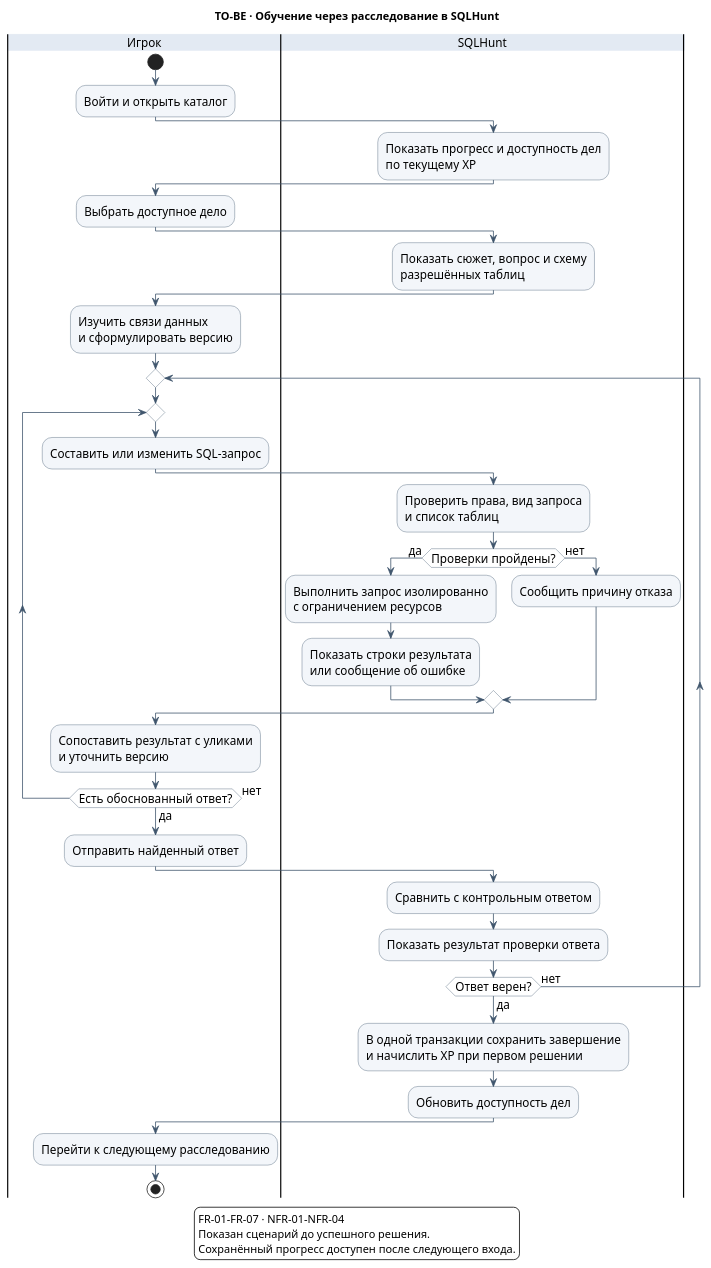
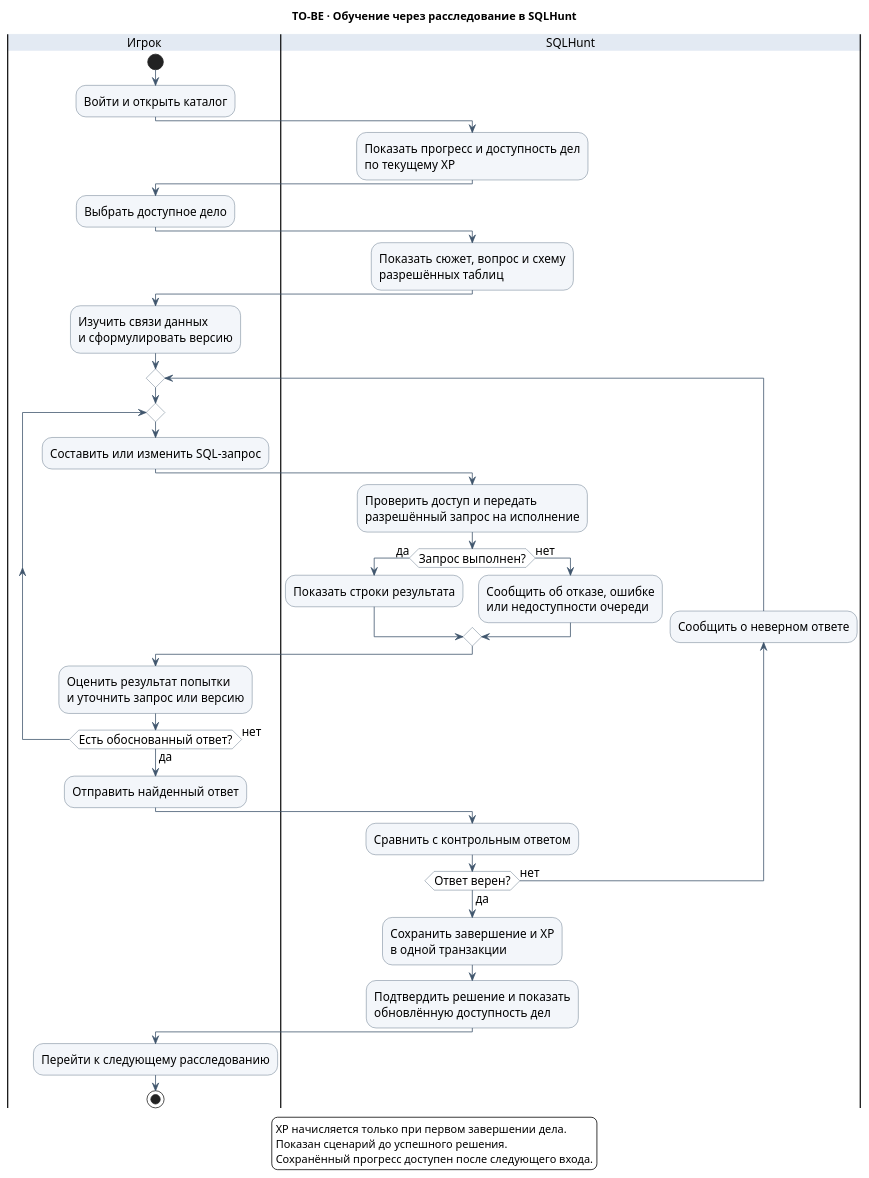
The diagram in assets/learning-to-be.puml (cicada-pops/vkr), drawn with PlantUML before and after one commit. The commit also changed 16 other files, not shown here.

```diff
--- a/assets/learning-to-be.puml
+++ b/assets/learning-to-be.puml
@@ -1,54 +1,53 @@
 @startuml
 skinparam defaultFontName Arial
 skinparam defaultFontSize 15
 skinparam backgroundColor white
 skinparam shadowing false
 skinparam ArrowColor #40566D
 skinparam activityBackgroundColor #F3F6FA
 skinparam activityBorderColor #40566D
 skinparam activityDiamondBackgroundColor white
 skinparam activityDiamondBorderColor #40566D
 skinparam swimlaneTitleBackgroundColor #E3EAF3
 title TO-BE · Обучение через расследование в SQLHunt
 |Игрок|
 start
 :Войти и открыть каталог;
 |SQLHunt|
 :Показать прогресс и доступность дел\nпо текущему XP;
 |Игрок|
 :Выбрать доступное дело;
 |SQLHunt|
 :Показать сюжет, вопрос и схему\nразрешённых таблиц;
 |Игрок|
 :Изучить связи данных\nи сформулировать версию;
 repeat
   repeat
     :Составить или изменить SQL-запрос;
     |SQLHunt|
-    :Проверить права, вид запроса\nи список таблиц;
-    if (Проверки пройдены?) then (да)
-      :Выполнить запрос изолированно\nс ограничением ресурсов;
-      :Показать строки результата\nили сообщение об ошибке;
+    :Проверить доступ и передать\nразрешённый запрос на исполнение;
+    if (Запрос выполнен?) then (да)
+      :Показать строки результата;
     else (нет)
-      :Сообщить причину отказа;
+      :Сообщить об отказе, ошибке\nили недоступности очереди;
     endif
     |Игрок|
-    :Сопоставить результат с уликами\nи уточнить версию;
+    :Оценить результат попытки\nи уточнить запрос или версию;
   repeat while (Есть обоснованный ответ?) is (нет) not (да)
   :Отправить найденный ответ;
   |SQLHunt|
   :Сравнить с контрольным ответом;
-  :Показать результат проверки ответа;
+  backward:Сообщить о неверном ответе;
 repeat while (Ответ верен?) is (нет) not (да)
 |SQLHunt|
-:В одной транзакции сохранить завершение\nи начислить XP при первом решении;
-:Обновить доступность дел;
+:Сохранить завершение и XP\nв одной транзакции;
+:Подтвердить решение и показать\nобновлённую доступность дел;
 |Игрок|
 :Перейти к следующему расследованию;
 stop
 legend bottom
-  FR-01–FR-07 · NFR-01–NFR-04
+  XP начисляется только при первом завершении дела.
   Показан сценарий до успешного решения.
   Сохранённый прогресс доступен после следующего входа.
 endlegend
 @enduml
```
